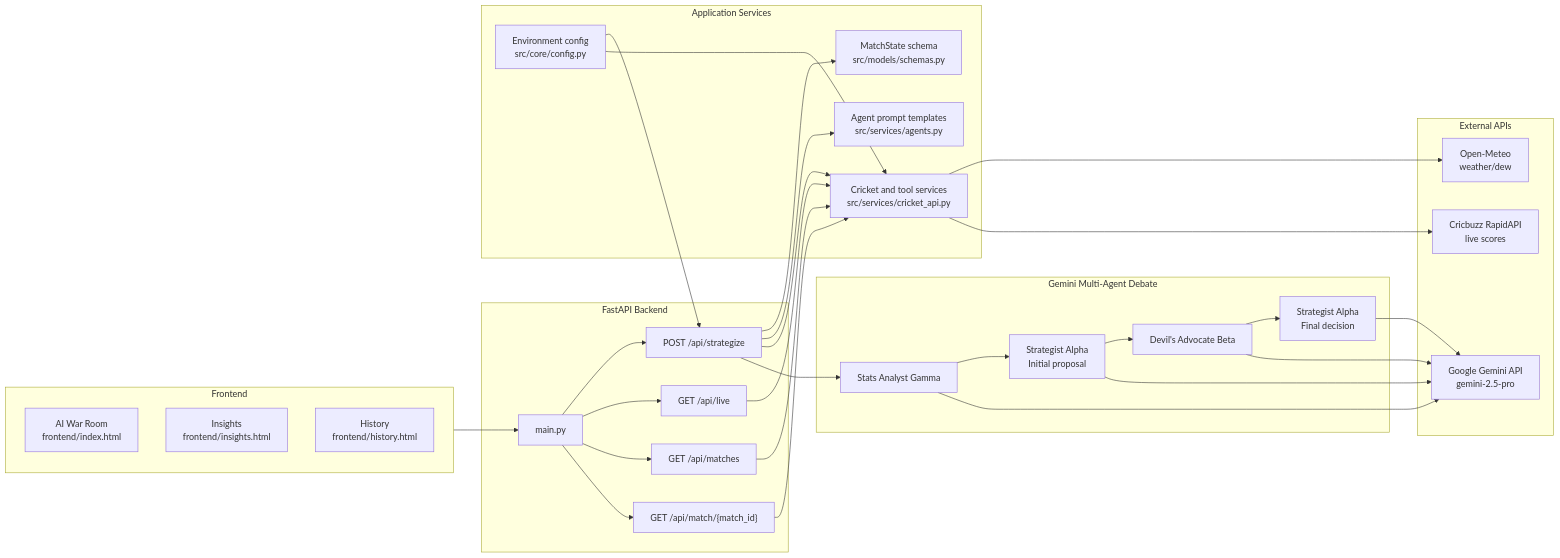
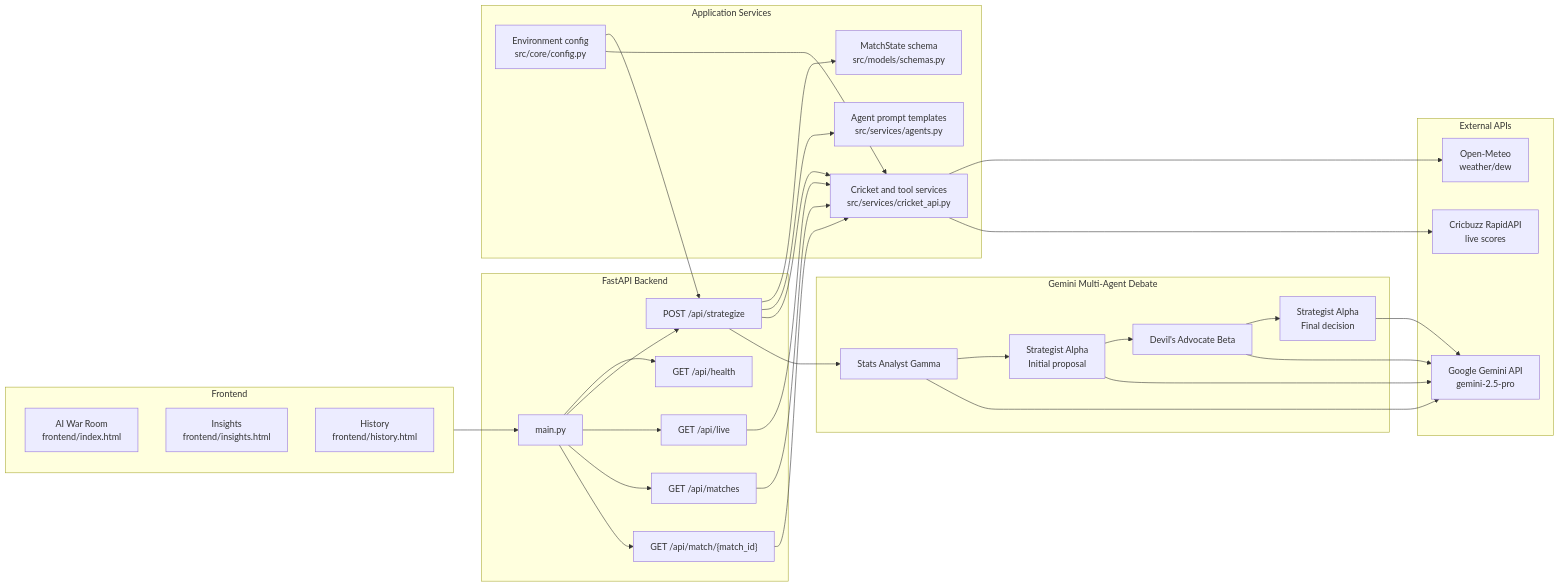
The second of 2 diagrams in README.md (soh4n/Captain-Cool), drawn with Mermaid before and after one commit. The commit also changed other lines of this file and 20 other files, not shown here.

````diff
--- a/README.md
+++ b/README.md
@@ -34,60 +62,62 @@
 ```mermaid
 flowchart LR
     subgraph Client["Frontend"]
         WarRoom["AI War Room<br/>frontend/index.html"]
         Insights["Insights<br/>frontend/insights.html"]
         History["History<br/>frontend/history.html"]
     end
 
     subgraph API["FastAPI Backend"]
         Main["main.py"]
+        Health["GET /api/health"]
         Strategize["POST /api/strategize"]
         Live["GET /api/live"]
         Matches["GET /api/matches"]
         Scorecard["GET /api/match/{match_id}"]
     end
 
     subgraph Services["Application Services"]
         AgentPrompts["Agent prompt templates<br/>src/services/agents.py"]
         CricketTools["Cricket and tool services<br/>src/services/cricket_api.py"]
         Schemas["MatchState schema<br/>src/models/schemas.py"]
         Config["Environment config<br/>src/core/config.py"]
     end
 
     subgraph Gemini["Gemini Multi-Agent Debate"]
         Gamma["Stats Analyst Gamma"]
         Alpha1["Strategist Alpha<br/>Initial proposal"]
         Beta["Devil's Advocate Beta"]
         Alpha2["Strategist Alpha<br/>Final decision"]
     end
 
     subgraph External["External APIs"]
         OpenMeteo["Open-Meteo<br/>weather/dew"]
         Cricbuzz["Cricbuzz RapidAPI<br/>live scores"]
         GeminiAPI["Google Gemini API<br/>gemini-2.5-pro"]
     end
 
     Client --> Main
+    Main --> Health
     Main --> Strategize
     Main --> Live
     Main --> Matches
     Main --> Scorecard
     Strategize --> Schemas
     Strategize --> AgentPrompts
     Strategize --> CricketTools
     Live --> CricketTools
     Matches --> CricketTools
     Scorecard --> CricketTools
     Config --> Strategize
     Config --> CricketTools
     CricketTools --> OpenMeteo
     CricketTools --> Cricbuzz
     Strategize --> Gamma
     Gamma --> Alpha1
     Alpha1 --> Beta
     Beta --> Alpha2
     Gamma --> GeminiAPI
     Alpha1 --> GeminiAPI
     Beta --> GeminiAPI
     Alpha2 --> GeminiAPI
 ```
````
